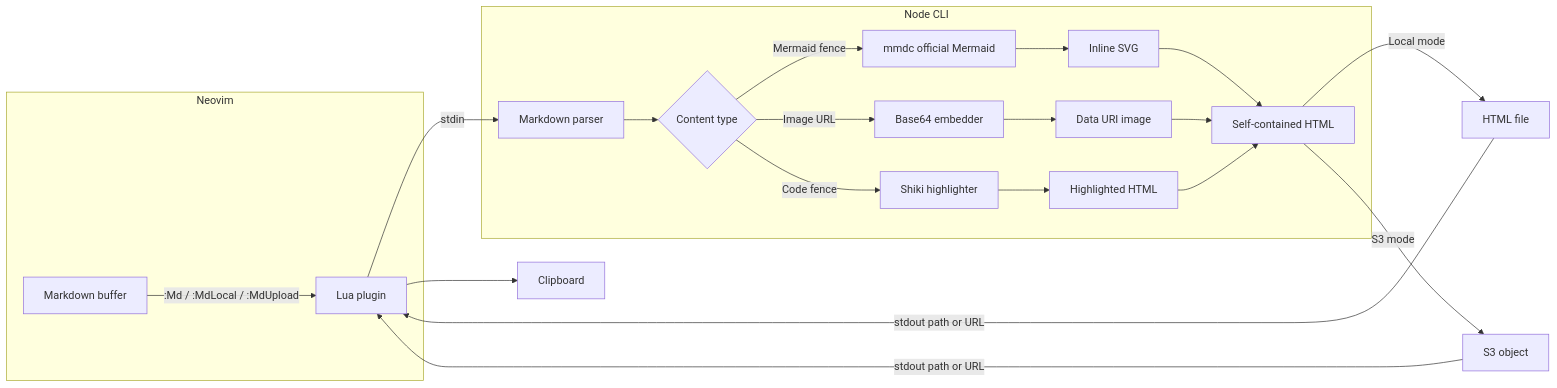
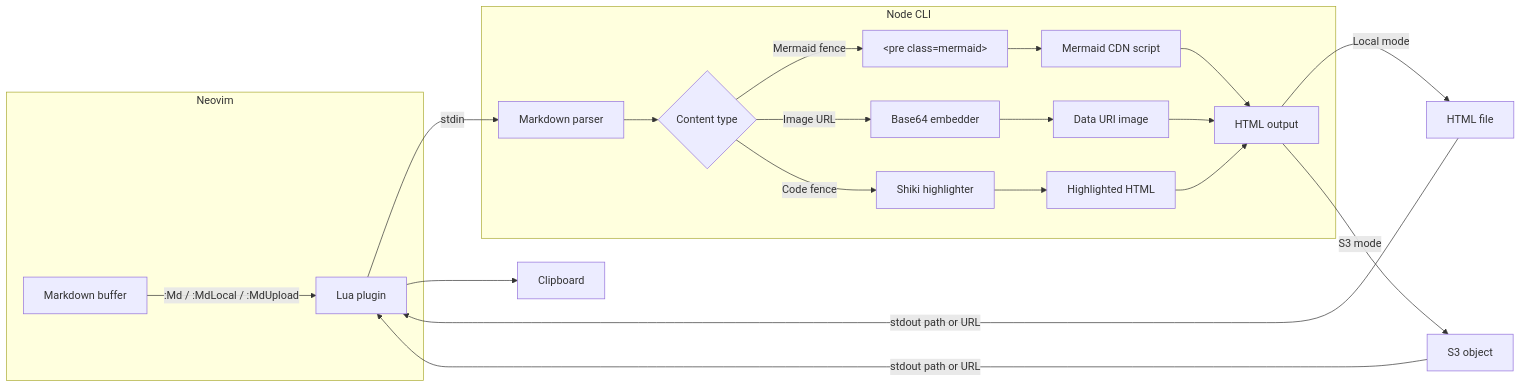
One commit to feng409/s3-md-preview.nvim changed the diagram in README.md. Above: the diagram before and after it, drawn with Mermaid. The commit also changed other lines of this file and 10 other files, not shown here.

First line of the commit message:
feat: replace mmdc server-side rendering with mermaid.js CDN

````diff
--- a/README.md
+++ b/README.md
@@ -33,23 +32,23 @@
 ```mermaid
 flowchart LR
     subgraph neovim [Neovim]
         A[Markdown buffer] -->|":Md / :MdLocal / :MdUpload"| B[Lua plugin]
     end
 
     subgraph nodeCli [Node CLI]
         B -->|stdin| C[Markdown parser]
         C --> D{Content type}
-        D -->|Mermaid fence| E[mmdc official Mermaid]
+        D -->|Mermaid fence| E["&lt;pre class=mermaid&gt;"]
         D -->|Image URL| F[Base64 embedder]
         D -->|Code fence| G[Shiki highlighter]
-        E --> H[Inline SVG]
+        E --> H[Mermaid CDN script]
         F --> I[Data URI image]
         G --> J[Highlighted HTML]
-        H & I & J --> K[Self-contained HTML]
+        H & I & J --> K[HTML output]
     end
 
     K -->|Local mode| L[HTML file]
     K -->|S3 mode| M[S3 object]
     L & M -->|stdout path or URL| B
     B --> N[Clipboard]
 ```
````
